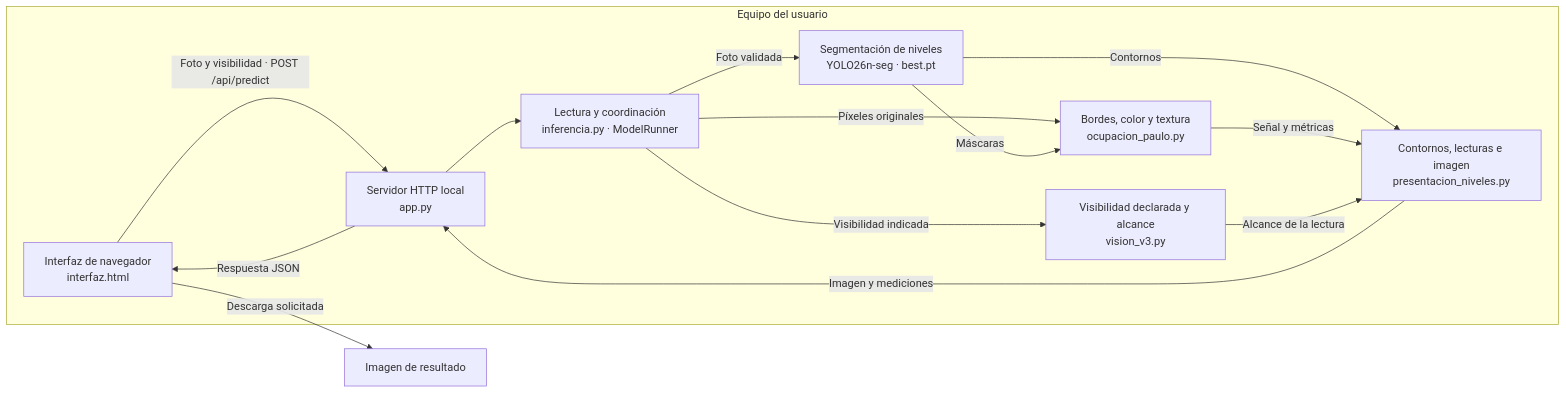
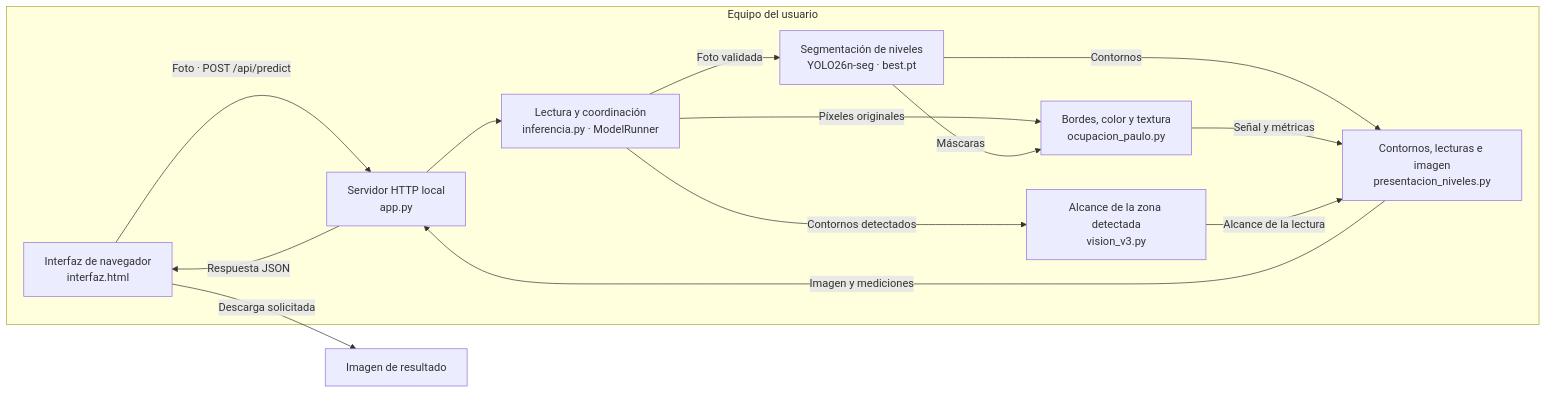
The second of 2 diagrams in README.md (vcanio/Capstone2026), drawn with Mermaid before and after one commit. The commit also changed other lines of this file and 20 other files, not shown here.

````diff
--- a/README.md
+++ b/README.md
@@ -236,24 +231,24 @@
 ```mermaid
 flowchart LR
     subgraph Equipo["Equipo del usuario"]
         UI["Interfaz de navegador<br/>interfaz.html"]
         API["Servidor HTTP local<br/>app.py"]
         RUN["Lectura y coordinación<br/>inferencia.py · ModelRunner"]
         MODEL["Segmentación de niveles<br/>YOLO26n-seg · best.pt"]
         SIGNAL["Bordes, color y textura<br/>ocupacion_paulo.py"]
-        SCOPE["Visibilidad declarada y alcance<br/>vision_v3.py"]
+        SCOPE["Alcance de la zona detectada<br/>vision_v3.py"]
         VIEW["Contornos, lecturas e imagen<br/>presentacion_niveles.py"]
-        UI -->|"Foto y visibilidad · POST /api/predict"| API
+        UI -->|"Foto · POST /api/predict"| API
         API --> RUN
         RUN -->|"Foto validada"| MODEL
         RUN -->|"Píxeles originales"| SIGNAL
         MODEL -->|"Máscaras"| SIGNAL
         MODEL -->|"Contornos"| VIEW
-        RUN -->|"Visibilidad indicada"| SCOPE
+        RUN -->|"Contornos detectados"| SCOPE
         SIGNAL -->|"Señal y métricas"| VIEW
         SCOPE -->|"Alcance de la lectura"| VIEW
         VIEW -->|"Imagen y mediciones"| API
         API -->|"Respuesta JSON"| UI
     end
     UI -->|"Descarga solicitada"| OUTPUT["Imagen de resultado"]
 ```
````
